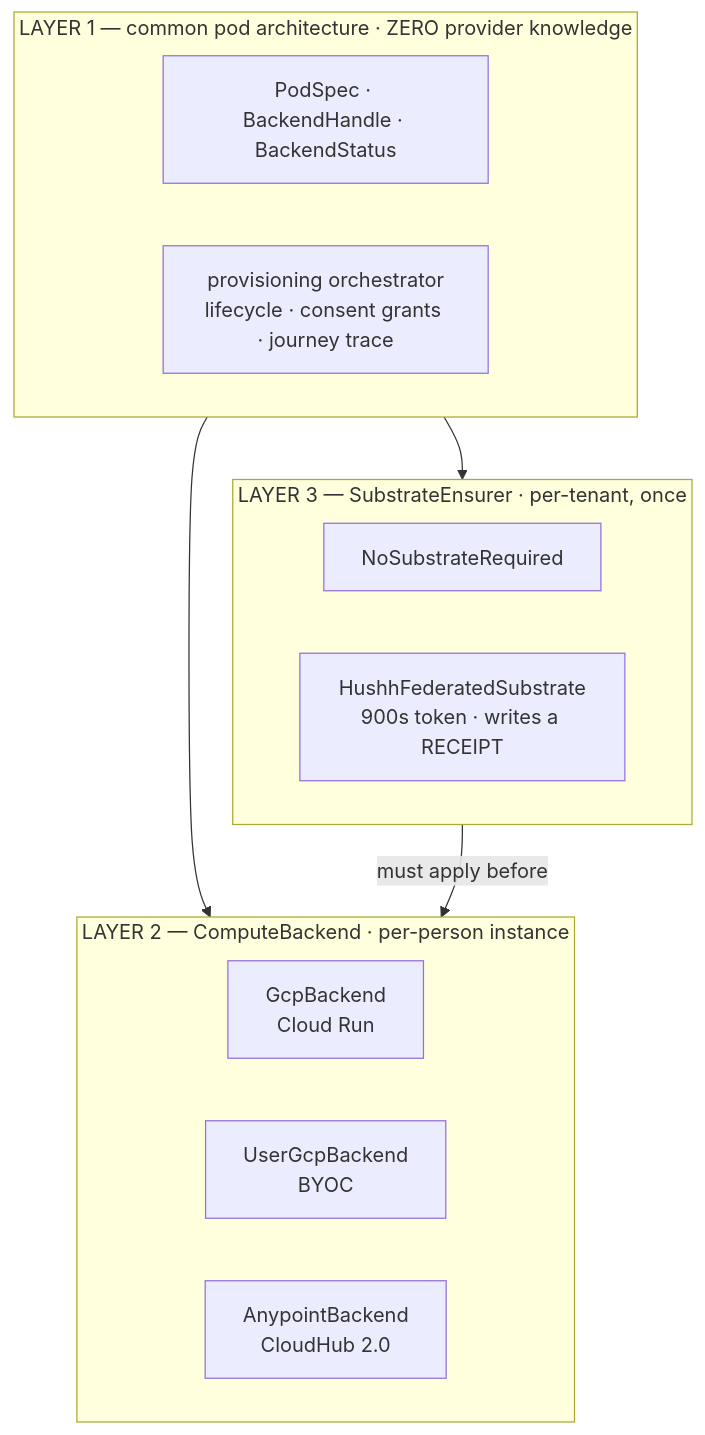
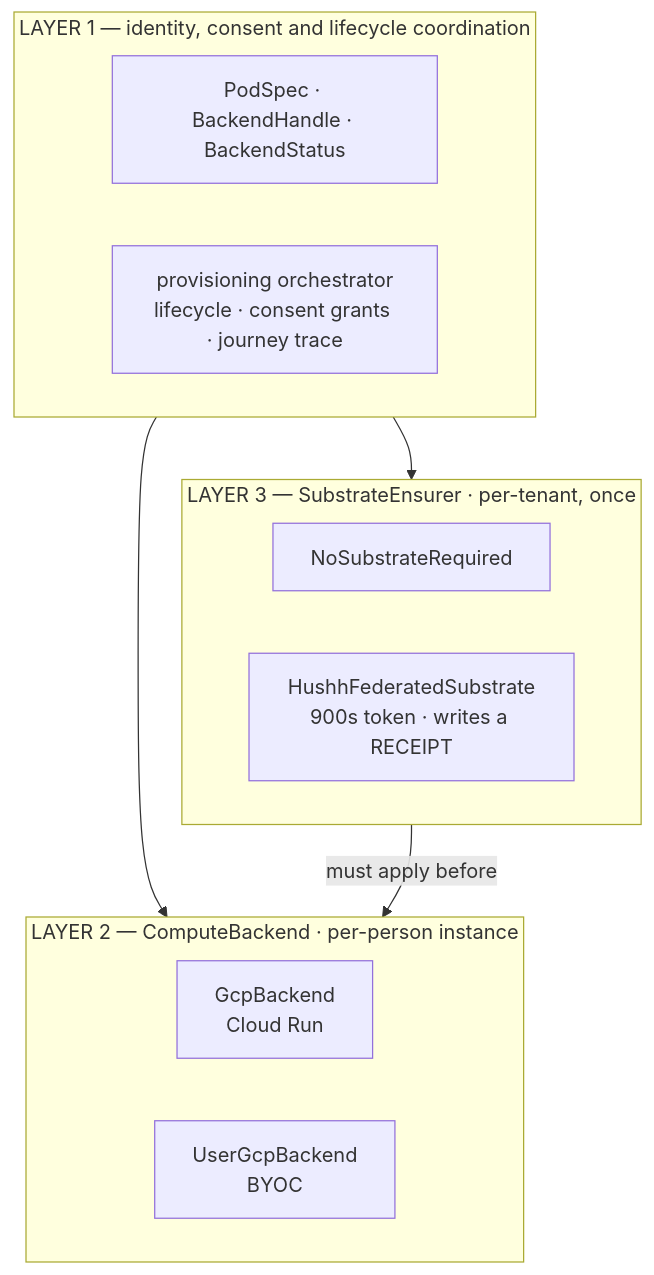
The diagram in docs/reference/architecture/deployment-standard.md (hushh-labs/hushh-research), drawn with Mermaid before and after one commit. The commit also changed other lines of this file and 160 other files, not shown here.

````diff
--- a/docs/reference/architecture/deployment-standard.md
+++ b/docs/reference/architecture/deployment-standard.md
@@ -15,20 +15,19 @@
 ```mermaid
 flowchart TB
-  subgraph L1["LAYER 1 — common pod architecture · ZERO provider knowledge"]
+  subgraph L1["LAYER 1 — identity, consent and lifecycle coordination"]
     direction LR
     spec["PodSpec · BackendHandle · BackendStatus"]
     orch["provisioning orchestrator<br/>lifecycle · consent grants · journey trace"]
   end
   subgraph L2["LAYER 2 — ComputeBackend · per-person instance"]
     gcp["GcpBackend<br/>Cloud Run"]
     byoc["UserGcpBackend<br/>BYOC"]
-    any["AnypointBackend<br/>CloudHub 2.0"]
   end
   subgraph L3["LAYER 3 — SubstrateEnsurer · per-tenant, once"]
     none["NoSubstrateRequired"]
     fed["HushhFederatedSubstrate<br/>900s token · writes a RECEIPT"]
   end
   L1 --> L2
   L1 --> L3
   L3 -->|"must apply before"| L2
 ```
````
